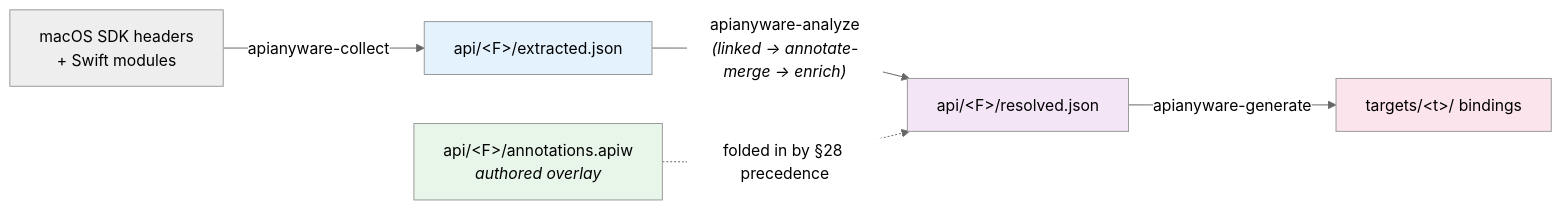
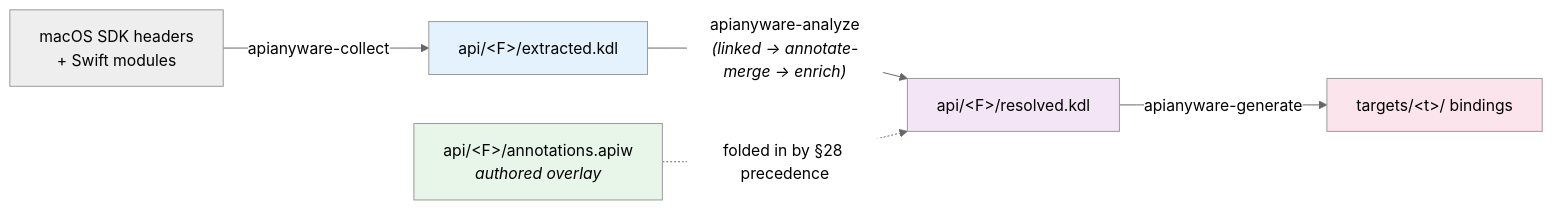
One commit to Linkuistics/APIAnyware changed the diagram in platforms/macos/docs/api-extraction.md. Above: the diagram before and after it, drawn with Mermaid (neutral theme). The commit also changed other lines of this file and 59 other files, not shown here.

````diff
--- a/platforms/macos/docs/api-extraction.md
+++ b/platforms/macos/docs/api-extraction.md
@@ -21,12 +22,12 @@
 ```mermaid
 flowchart LR
-  SDK["macOS SDK headers<br/>+ Swift modules"] -->|"apianyware-collect"| E["api/&lt;F&gt;/extracted.json"]
-  E -->|"apianyware-analyze<br/><i>(linked → annotate-merge → enrich)</i>"| R["api/&lt;F&gt;/resolved.json"]
+  SDK["macOS SDK headers<br/>+ Swift modules"] -->|"apianyware-collect"| E["api/&lt;F&gt;/extracted.kdl"]
+  E -->|"apianyware-analyze<br/><i>(linked → annotate-merge → enrich)</i>"| R["api/&lt;F&gt;/resolved.kdl"]
   O["api/&lt;F&gt;/annotations.apiw<br/><i>authored overlay</i>"] -.->|"folded in by §28 precedence"| R
   R -->|"apianyware-generate"| B["targets/&lt;t&gt;/ bindings"]
 
   style E fill:#e3f2fd
   style O fill:#e8f5e9
   style R fill:#f3e5f5
   style B fill:#fce4ec
 ```
````
